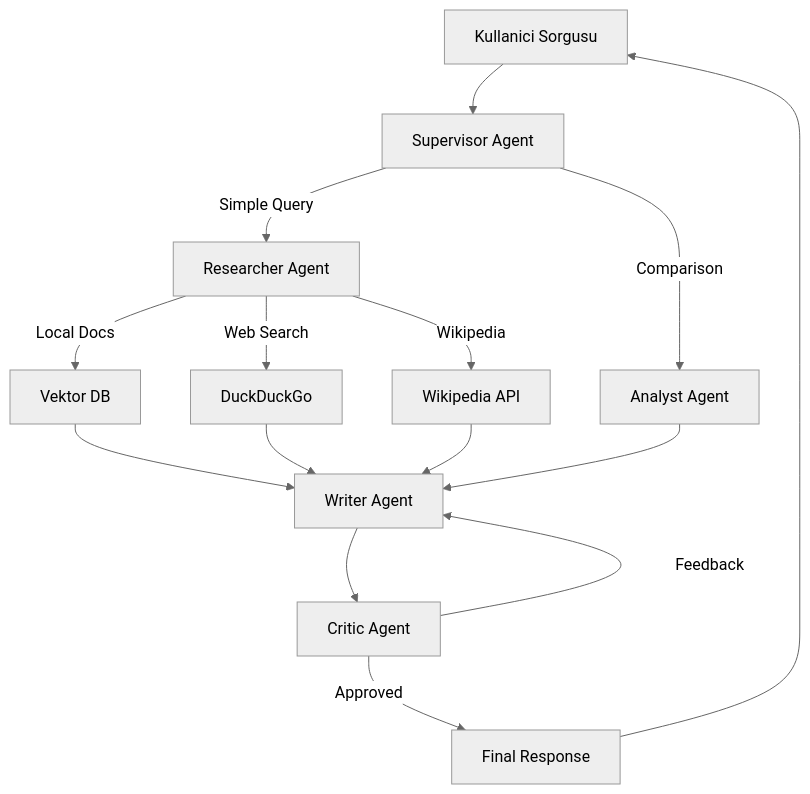
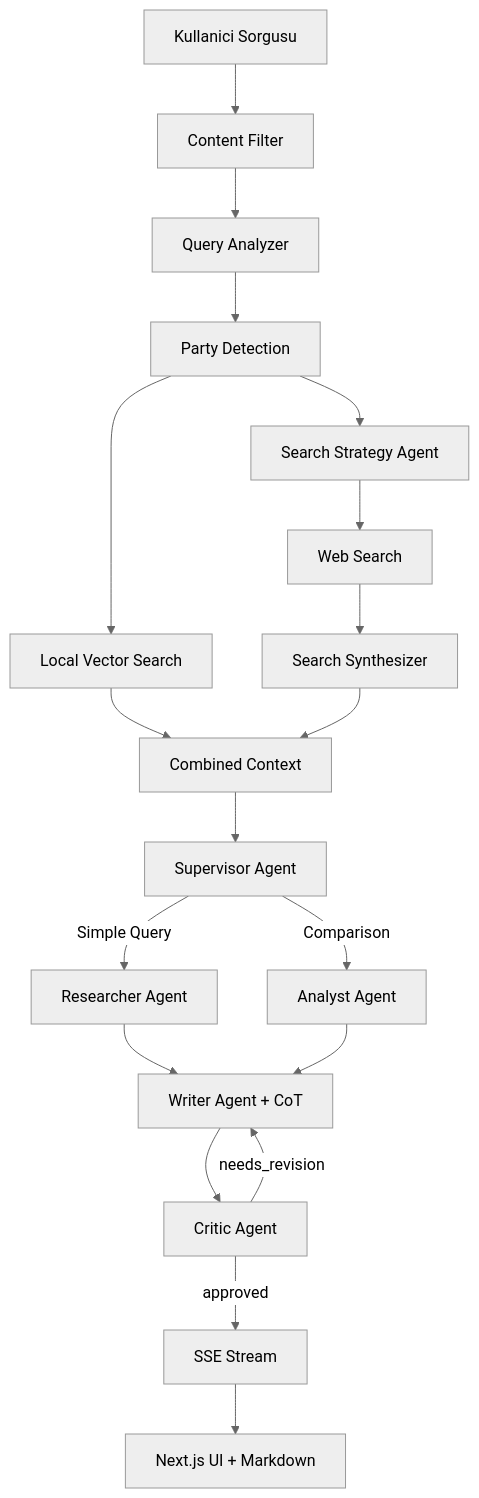
The diagram in README.md (barancanercan/Turkish-Government-Intelligence-Hub), drawn with Mermaid (neutral theme) before and after one commit. The commit also changed other lines of this file and 95 other files, not shown here.

````diff
--- a/README.md
+++ b/README.md
@@ -53,21 +63,28 @@
 ```mermaid
 graph TD
-    User[Kullanici Sorgusu] --> Supervisor[Supervisor Agent]
+    User[Kullanici Sorgusu] --> ContentFilter[Content Filter]
+    ContentFilter --> QueryAnalyzer[Query Analyzer]
+    QueryAnalyzer --> PartyDetect[Party Detection]
+
+    PartyDetect --> LocalSearch[Local Vector Search]
+    PartyDetect --> SearchStrategy[Search Strategy Agent]
+
+    SearchStrategy --> WebSearch[Web Search]
+    WebSearch --> Synthesizer[Search Synthesizer]
+
+    LocalSearch --> Context[Combined Context]
+    Synthesizer --> Context
+
+    Context --> Supervisor[Supervisor Agent]
     Supervisor -->|Simple Query| Researcher[Researcher Agent]
     Supervisor -->|Comparison| Analyst[Analyst Agent]
-    
-    Researcher -->|Local Docs| VectorDB[Vektor DB]
-    Researcher -->|Web Search| DuckDuckGo[DuckDuckGo]
-    Researcher -->|Wikipedia| Wikipedia[Wikipedia API]
-    
-    VectorDB --> Writer[Writer Agent]
-    DuckDuckGo --> Writer
-    Wikipedia --> Writer
-    
+
+    Researcher --> Writer[Writer Agent + CoT]
     Analyst --> Writer
+
     Writer --> Critic[Critic Agent]
-    Critic -->|Feedback| Writer
-    Critic -->|Approved| Final[Final Response]
-    
-    Final --> User
+    Critic -->|needs_revision| Writer
+    Critic -->|approved| SSE[SSE Stream]
+
+    SSE --> UI[Next.js UI + Markdown]
 ```
````
